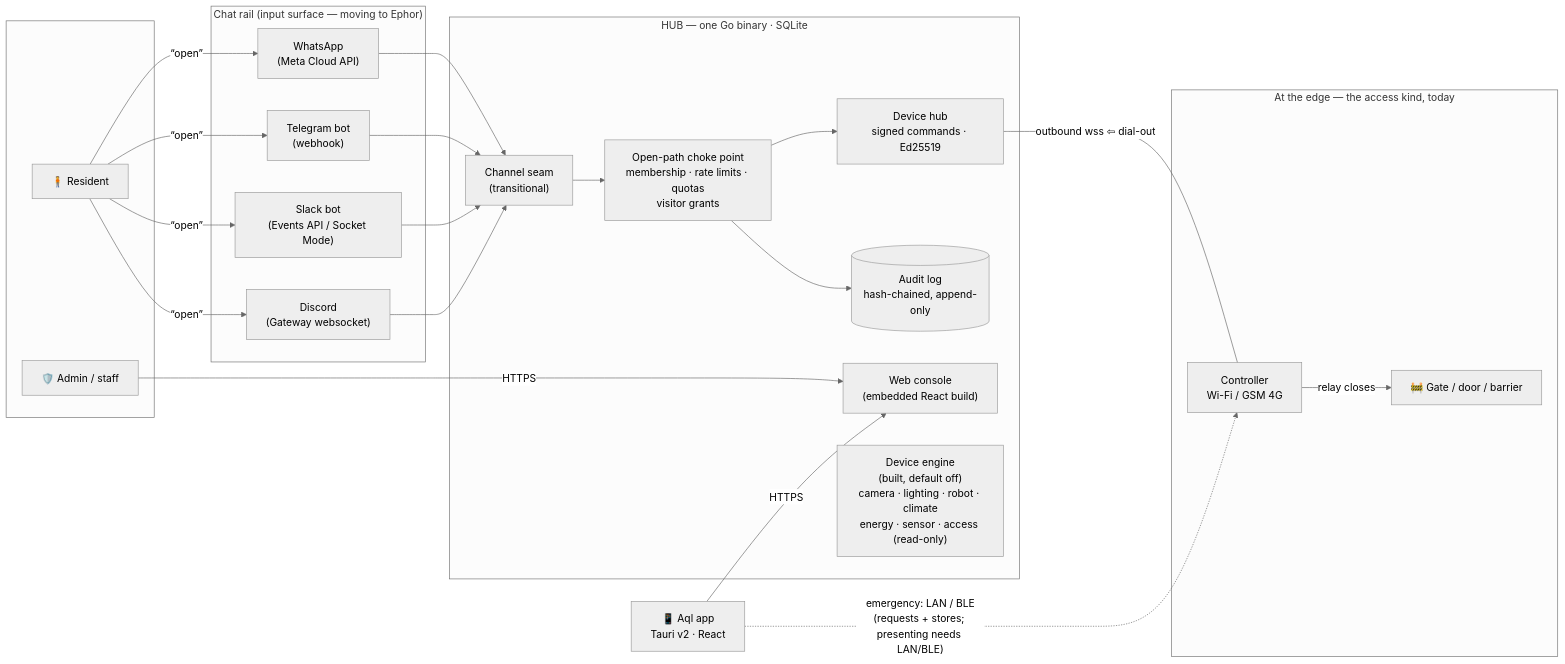
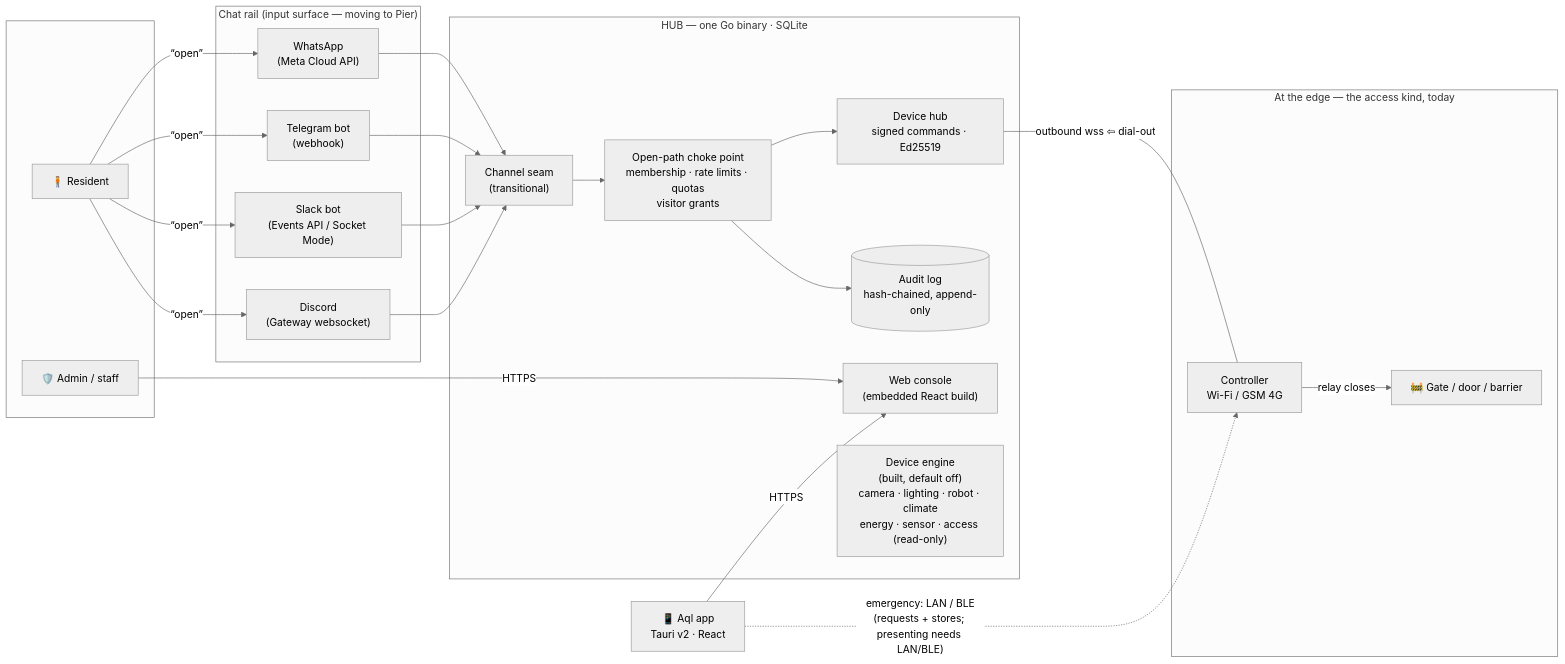
The first of 2 diagrams in ARCHITECTURE.md (vul-os/aql), drawn with Mermaid (neutral theme) before and after one commit. The commit also changed other lines of this file and 23 other files, not shown here.

````diff
--- a/ARCHITECTURE.md
+++ b/ARCHITECTURE.md
@@ -68,41 +68,41 @@
 ```mermaid
 flowchart LR
     subgraph people [" "]
         R["🧍 Resident"]
         A["🛡️ Admin / staff"]
     end
 
-    subgraph channels ["Chat rail (input surface — moving to Ephor)"]
+    subgraph channels ["Chat rail (input surface — moving to Pier)"]
         WA["WhatsApp<br/>(Meta Cloud API)"]
         TG["Telegram bot<br/>(webhook)"]
         SL["Slack bot<br/>(Events API / Socket Mode)"]
         DC["Discord<br/>(Gateway websocket)"]
     end
 
     subgraph gw ["HUB — one Go binary · SQLite"]
         CH["Channel seam<br/>(transitional)"]
         RE["Open-path choke point<br/>membership · rate limits · quotas<br/>visitor grants"]
         PORTAL["Web console<br/>(embedded React build)"]
         HUB["Device hub<br/>signed commands · Ed25519"]
         AUD[("Audit log<br/>hash-chained, append-only")]
         DEV["Device engine<br/>(built, default off)<br/>camera · lighting · robot · climate<br/>energy · sensor · access (read-only)"]
     end
 
     subgraph site ["At the edge — the access kind, today"]
         C["Controller<br/>Wi-Fi / GSM 4G"]
         G["🚧 Gate / door / barrier"]
     end
 
     APP["📱 Aql app<br/>Tauri v2 · React"]
 
     R -- "“open”" --> WA & TG & SL & DC
     WA & TG & SL & DC --> CH
     CH --> RE
     A -- HTTPS --> PORTAL
     APP -- HTTPS --> PORTAL
     RE --> HUB
     RE --> AUD
     HUB -- "outbound wss ⇦ dial-out" --- C
     C -- relay closes --> G
     APP -. "emergency: LAN / BLE<br/>(requests + stores; presenting needs LAN/BLE)" .-> C
 ```
````
